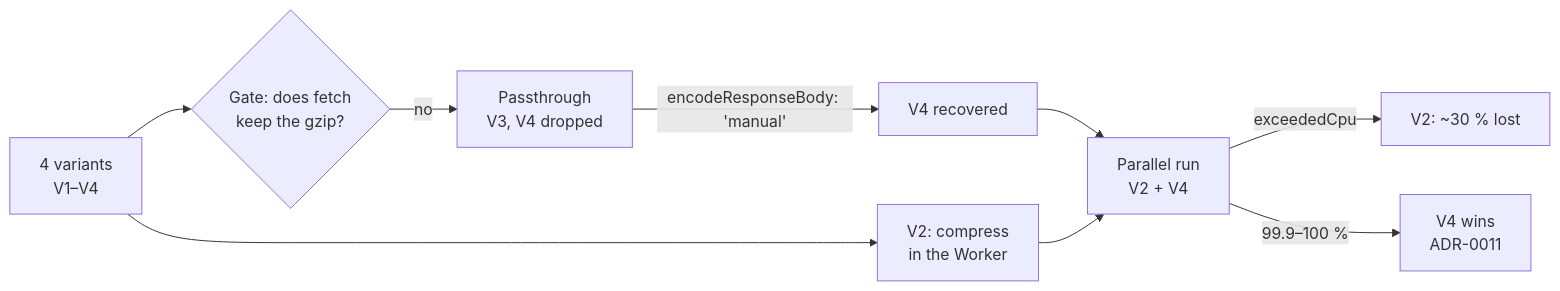
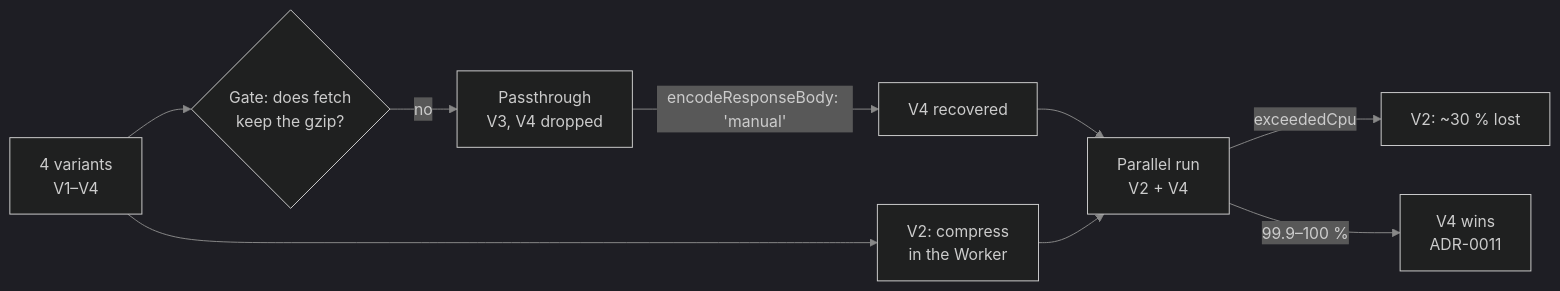
Before and after one commit to markciano/bikesharing: the diagram in spikes/cloudflare-capture-spike/README.md, drawn with Mermaid. The commit also changed 1 other file, not shown here.

Commit message:
docs: d004, align component layout and switch tooling with the dependency rules

````diff
--- a/spikes/cloudflare-capture-spike/README.md
+++ b/spikes/cloudflare-capture-spike/README.md
@@ -11,11 +11,12 @@
 ```mermaid
+%%{init: {'theme': 'dark', 'themeVariables': { 'darkMode': true, 'background': '#1e1e1e', 'primaryColor': '#2d2d2d', 'primaryTextColor': '#fff', 'primaryBorderColor': '#555', 'lineColor': '#888', 'secondaryColor': '#333', 'tertiaryColor': '#222' }}}%%
 flowchart LR
   A[4 variants<br>V1–V4] --> G1{Gate: does fetch<br>keep the gzip?}
   G1 -->|no| D1[Passthrough<br>V3, V4 dropped]
   D1 -->|encodeResponseBody: 'manual'| R[V4 recovered]
   A --> V2[V2: compress<br>in the Worker]
   R --> RUN[Parallel run<br>V2 + V4]
   V2 --> RUN
   RUN -->|exceededCpu| X[V2: ~30 % lost]
   RUN -->|99.9–100 %| W[V4 wins<br>ADR-0011]
 ```
````
